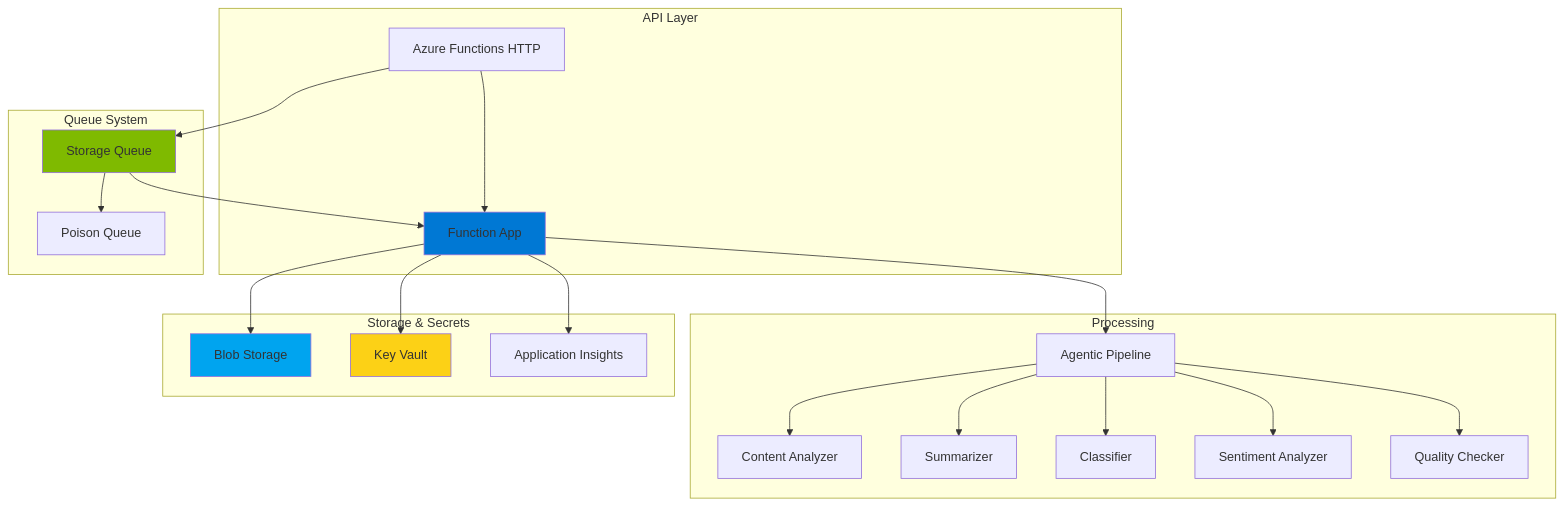
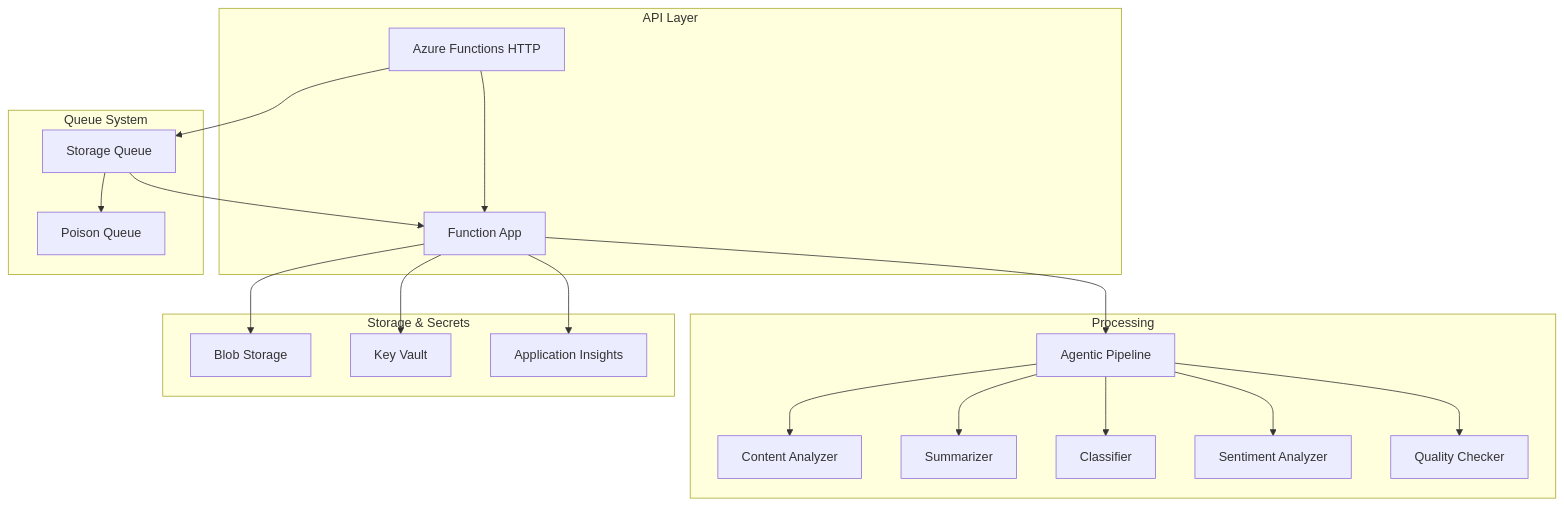
Before and after one commit to hoangsonww/AI-Gov-Content-Curator: the sixth of 6 diagrams in agentic_ai/README.md, drawn with Mermaid. The commit also changed other lines of this file, not shown here.

````diff
--- a/agentic_ai/README.md
+++ b/agentic_ai/README.md
@@ -323,38 +302,33 @@
 ```mermaid
 graph TB
     subgraph "API Layer"
         A[Azure Functions HTTP] --> B[Function App]
     end
 
     subgraph "Processing"
         B --> C[Agentic Pipeline]
         C --> D[Content Analyzer]
         C --> E[Summarizer]
         C --> F[Classifier]
         C --> G[Sentiment Analyzer]
         C --> H[Quality Checker]
     end
 
     subgraph "Storage & Secrets"
         I[Blob Storage]
         J[Key Vault]
         K[Application Insights]
     end
 
     subgraph "Queue System"
         L[Storage Queue]
         M[Poison Queue]
     end
 
     B --> I
     B --> J
     B --> K
     A --> L
     L --> B
     L --> M
-
-    style B fill:#0078d4
-    style I fill:#00a4ef
-    style J fill:#fcd116
-    style L fill:#7fba00
 ```
````
